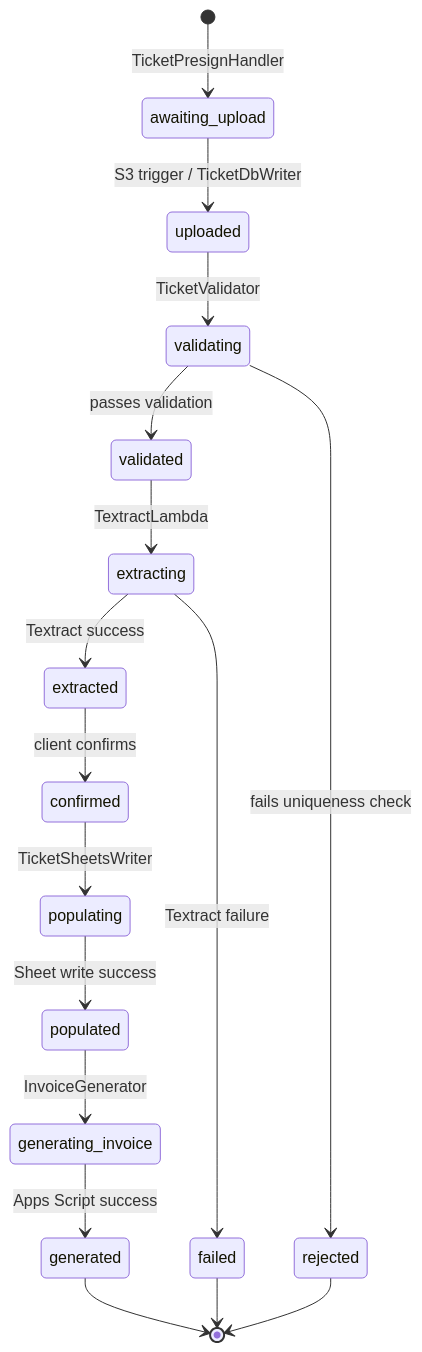
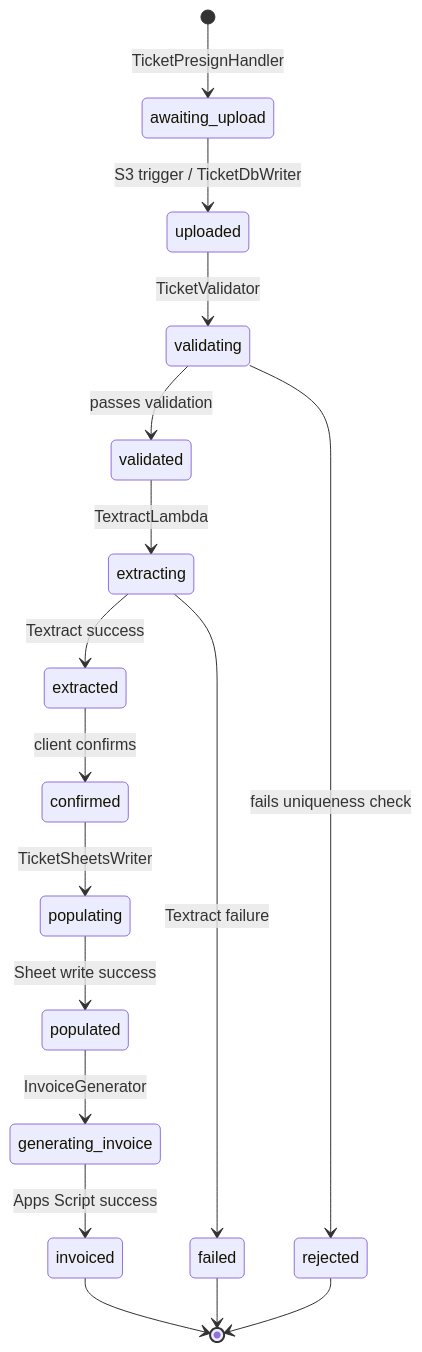
Before and after one commit to artomatiq/ccs-website: the second of 2 diagrams in ARCHITECTURE.MD, drawn with Mermaid.

````diff
--- a/ARCHITECTURE.MD
+++ b/ARCHITECTURE.MD
@@ -48,19 +48,19 @@
 ```mermaid
 stateDiagram-v2
     [*] --> awaiting_upload: TicketPresignHandler
     awaiting_upload --> uploaded: S3 trigger / TicketDbWriter
     uploaded --> validating: TicketValidator
     validating --> validated: passes validation
     validating --> rejected: fails uniqueness check
     validated --> extracting: TextractLambda
     extracting --> extracted: Textract success
     extracting --> failed: Textract failure
     extracted --> confirmed: client confirms
     confirmed --> populating: TicketSheetsWriter
     populating --> populated: Sheet write success
     populated --> generating_invoice: InvoiceGenerator
-    generating_invoice --> generated: Apps Script success
-    generated --> [*]
+    generating_invoice --> invoiced: Apps Script success
+    invoiced --> [*]
     rejected --> [*]
     failed --> [*]
 ```
````
